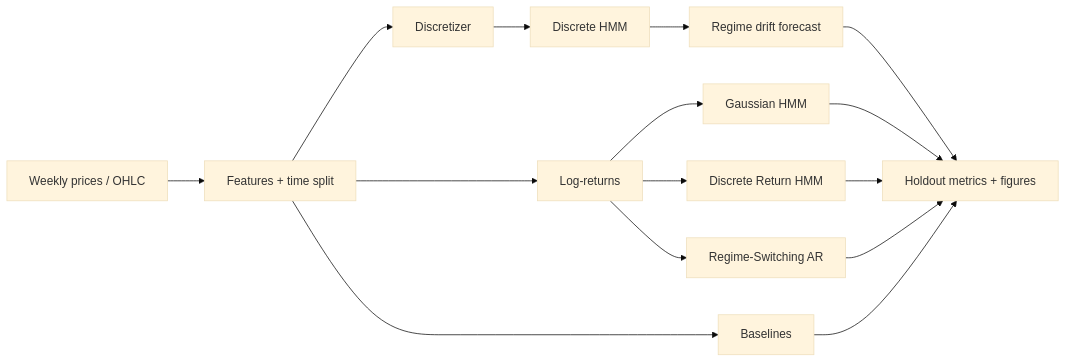
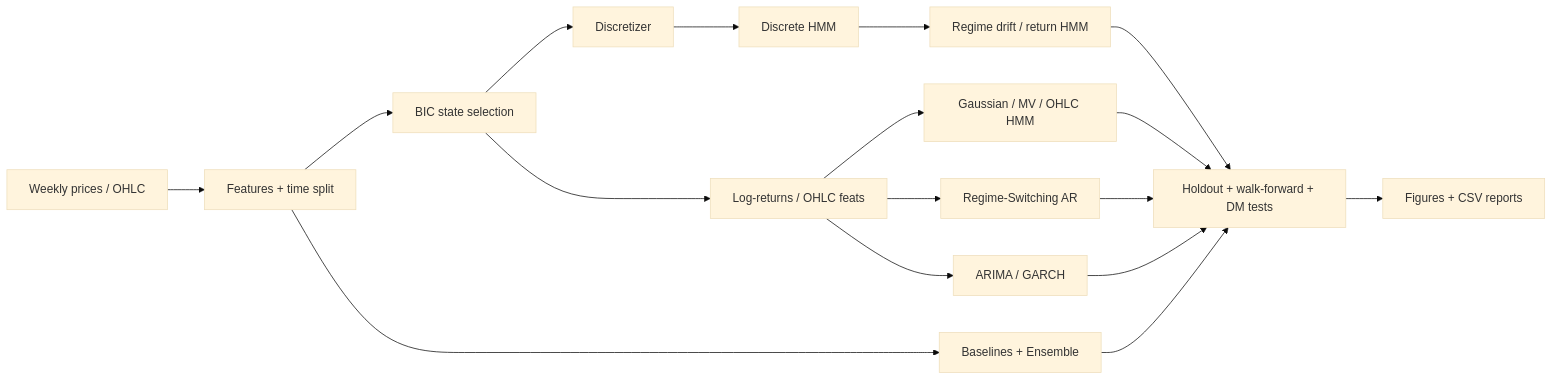
The diagram in README.md (juandapradam12/WeeklyPriceofCornPredictor), drawn with Mermaid (base theme) before and after one commit. The commit also changed other lines of this file and 36 other files, not shown here.

First line of the commit message:
Add validation stack, classical/OHLC models, and regime analytics

````diff
--- a/README.md
+++ b/README.md
@@ -51,17 +48,19 @@
 ```mermaid
 flowchart LR
   A[Weekly prices / OHLC] --> B[Features + time split]
-  B --> C1[Discretizer]
-  B --> C2[Log-returns]
+  B --> S[BIC state selection]
+  S --> C1[Discretizer]
+  S --> C2[Log-returns / OHLC feats]
   C1 --> D1[Discrete HMM]
-  D1 --> E1[Regime drift forecast]
-  C2 --> D2[Gaussian HMM]
-  C2 --> D3[Discrete Return HMM]
-  C2 --> D4[Regime-Switching AR]
-  B --> D5[Baselines]
-  E1 --> F[Holdout metrics + figures]
+  D1 --> E1[Regime drift / return HMM]
+  C2 --> D2[Gaussian / MV / OHLC HMM]
+  C2 --> D3[Regime-Switching AR]
+  C2 --> D4[ARIMA / GARCH]
+  B --> D5[Baselines + Ensemble]
+  E1 --> F[Holdout + walk-forward + DM tests]
   D2 --> F
   D3 --> F
   D4 --> F
   D5 --> F
+  F --> G[Figures + CSV reports]
 ```
````
